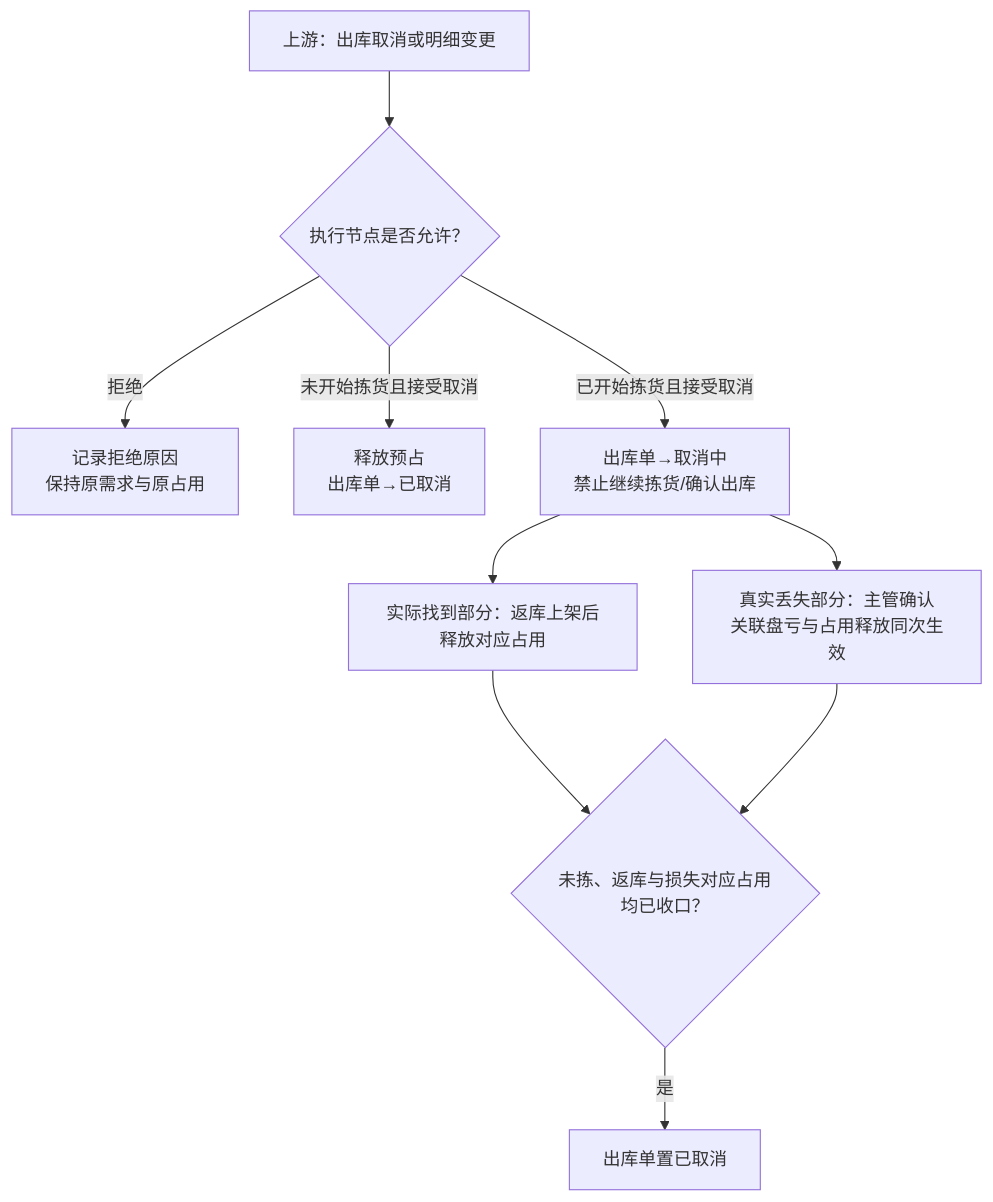
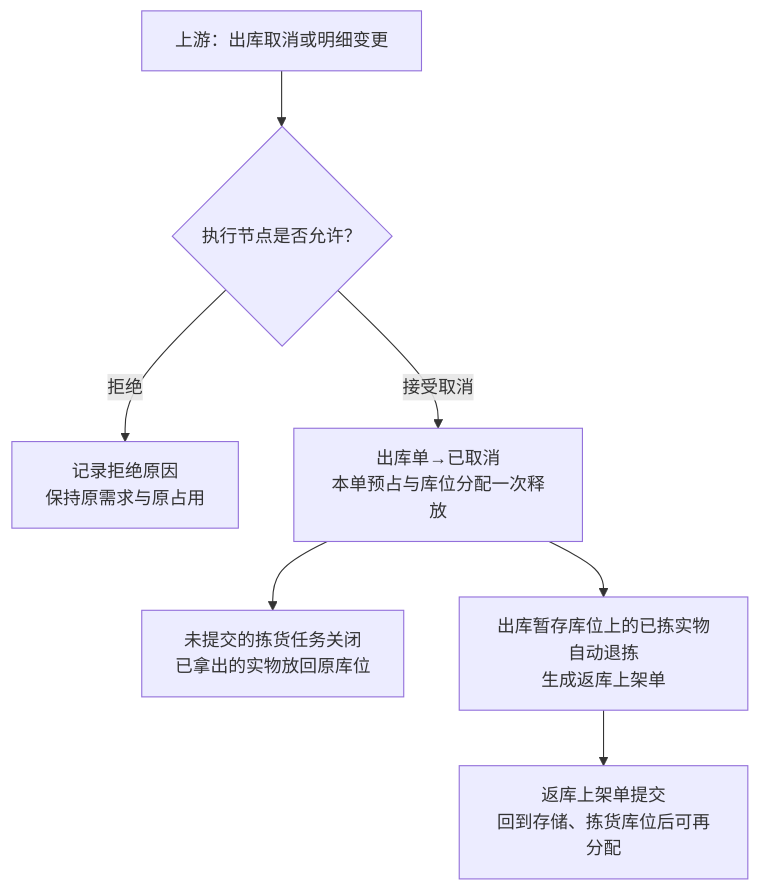
Before and after one commit to TopVitamin/QS-WMS-Project: the fourth of 6 diagrams in 05-应用设计方案/20261002-MVP版本/系统架构设计/01-系统流程与单据交互.md, drawn with Mermaid. The commit also changed other lines of this file and 174 other files, not shown here.

````diff
--- a/05-应用设计方案/20261002-MVP版本/系统架构设计/01-系统流程与单据交互.md
+++ b/05-应用设计方案/20261002-MVP版本/系统架构设计/01-系统流程与单据交互.md
@@ -223,12 +224,9 @@
 ```mermaid
 flowchart TB
     R[上游：出库取消或明细变更] --> V{执行节点是否允许？}
     V -->|拒绝| J[记录拒绝原因<br/>保持原需求与原占用]
-    V -->|未开始拣货且接受取消| L[释放预占<br/>出库单→已取消]
-    V -->|已开始拣货且接受取消| K[出库单→取消中<br/>禁止继续拣货/确认出库]
-    K --> H[实际找到部分：返库上架后释放对应占用]
-    K --> X[真实丢失部分：主管确认<br/>关联盘亏与占用释放同次生效]
-    H --> Z{未拣、返库与损失对应占用均已收口？}
-    X --> Z
-    Z -->|是| F[出库单置已取消]
+    V -->|接受取消| L[出库单→已取消<br/>本单预占与库位分配一次释放]
+    L --> P[未提交的拣货任务关闭<br/>已拿出的实物放回原库位]
+    L --> K[出库暂存库位上的已拣实物自动退拣<br/>生成返库上架单]
+    K --> H[返库上架单提交<br/>回到存储、拣货库位后可再分配]
 ```
````
